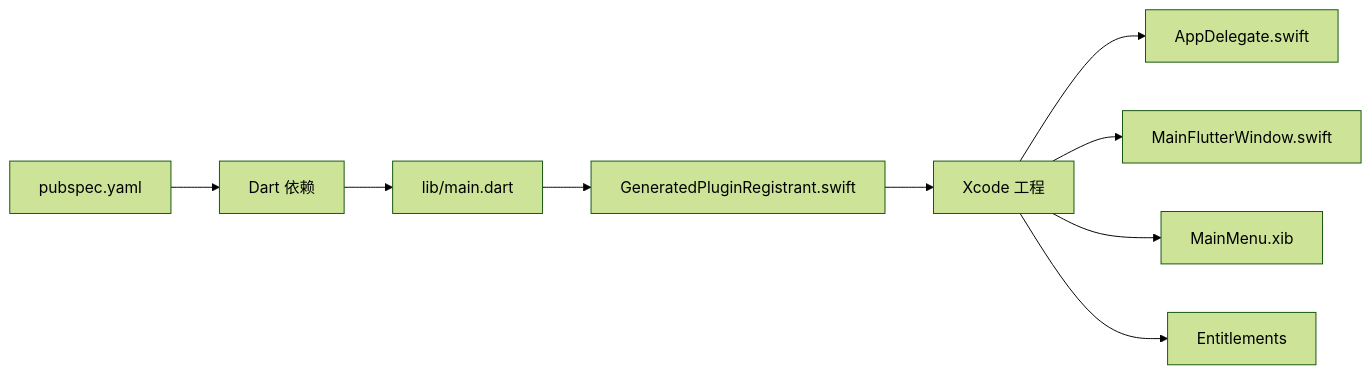
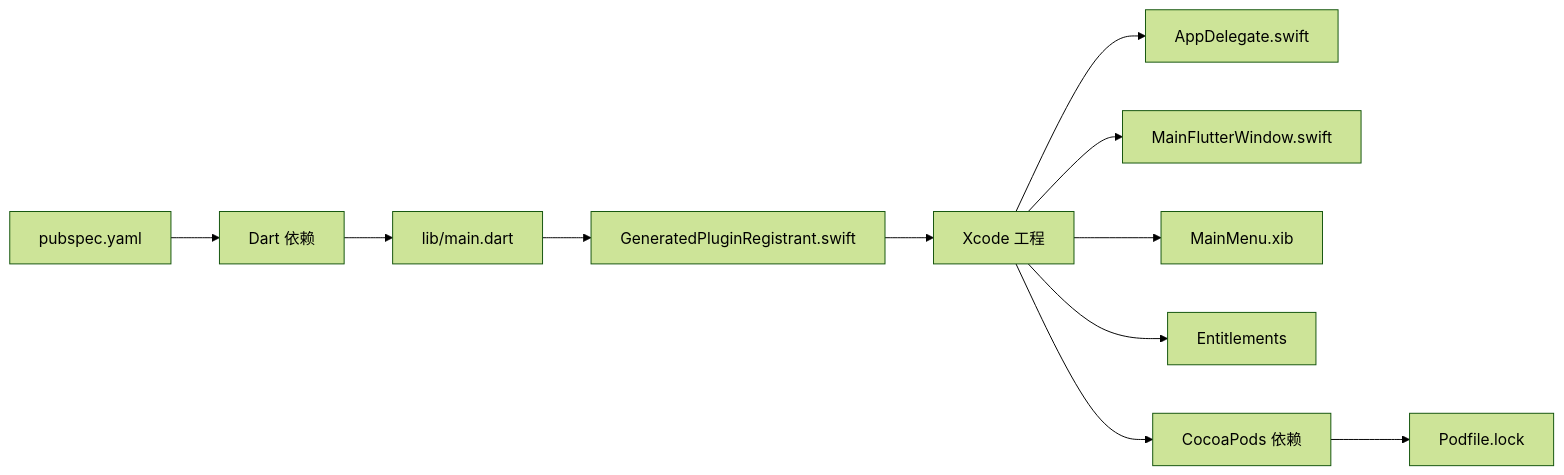
One commit to kongpf8848/objectbox_viewer changed the seventh of 7 diagrams in .qoder/repowiki/zh/content/跨平台支持/macOS 平台支持.md. Above: the diagram before and after it, drawn with Mermaid (forest theme). The commit also changed other lines of this file and 9 other files, not shown here.

````diff
--- a/.qoder/repowiki/zh/content/跨平台支持/macOS 平台支持.md
+++ b/.qoder/repowiki/zh/content/跨平台支持/macOS 平台支持.md
@@ -255,11 +269,13 @@
 ```mermaid
 graph LR
 P["pubspec.yaml"] --> D["Dart 依赖"]
 D --> R["lib/main.dart"]
 R --> G["GeneratedPluginRegistrant.swift"]
 G --> X["Xcode 工程"]
 X --> A["AppDelegate.swift"]
 X --> W["MainFlutterWindow.swift"]
 X --> M["MainMenu.xib"]
 X --> E["Entitlements"]
+X --> C["CocoaPods 依赖"]
+C --> L["Podfile.lock"]
 ```
````
